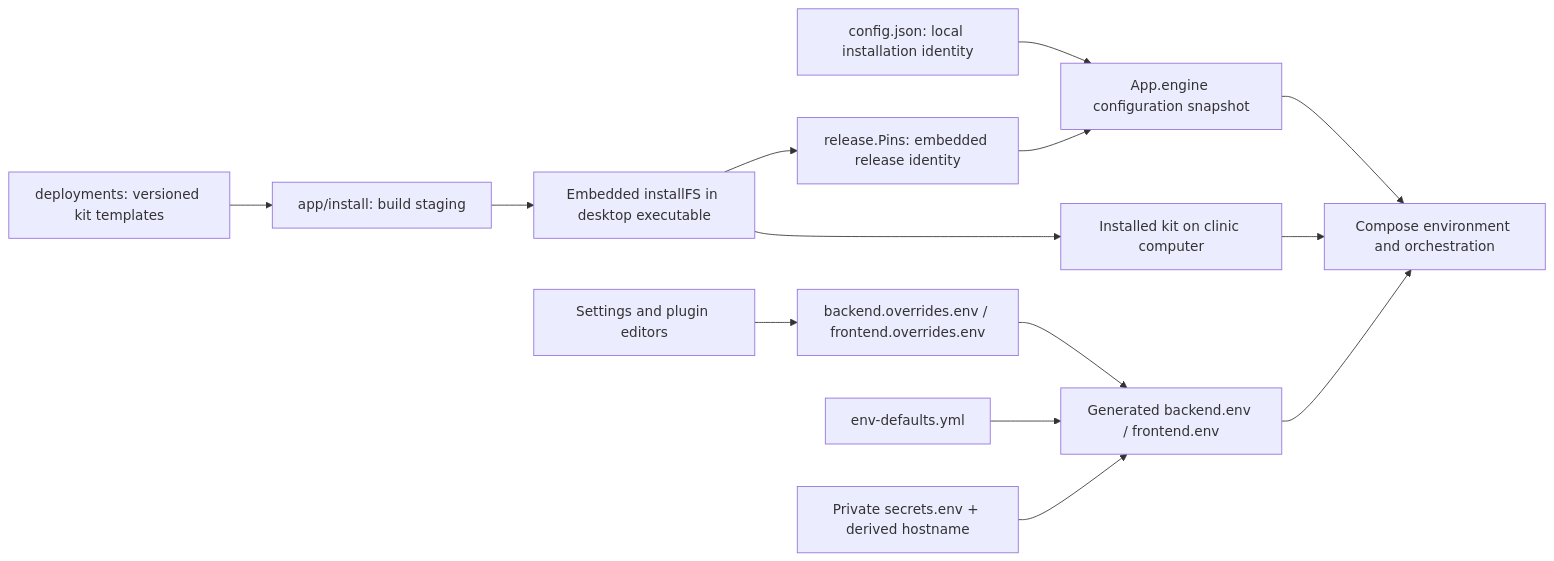
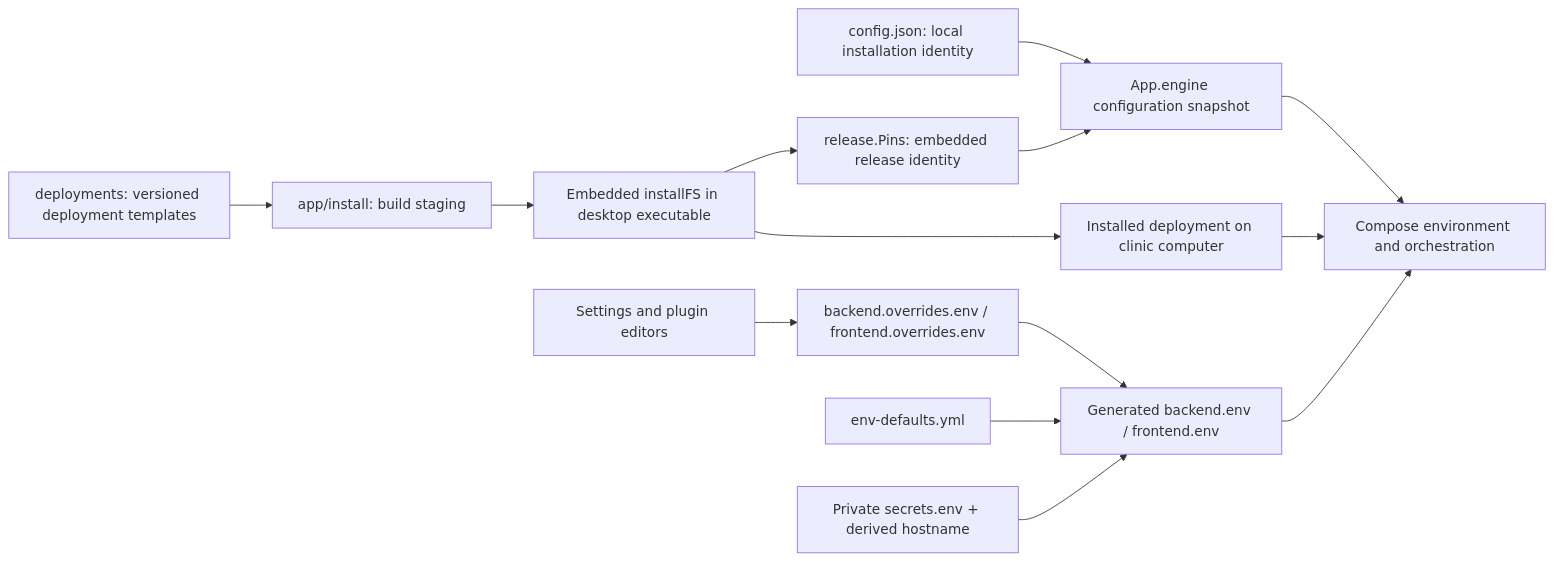
One commit to praffq/care_clinic changed the first of 2 diagrams in docs/configuration-and-settings.md. Above: the diagram before and after it, drawn with Mermaid. The commit also changed other lines of this file and 22 other files, not shown here.

First line of the commit message:
Rename clinic kit concept to deployment

````diff
--- a/docs/configuration-and-settings.md
+++ b/docs/configuration-and-settings.md
@@ -9,16 +9,16 @@
 ```mermaid
 flowchart LR
-    Source["deployments: versioned kit templates"] --> Stage["app/install: build staging"]
+    Source["deployments: versioned deployment templates"] --> Stage["app/install: build staging"]
     Stage --> Binary["Embedded installFS in desktop executable"]
-    Binary --> Installed["Installed kit on clinic computer"]
+    Binary --> Installed["Installed deployment on clinic computer"]
     Config["config.json: local installation identity"] --> Engine["App.engine configuration snapshot"]
     Binary --> Pins["release.Pins: embedded release identity"]
     Pins --> Engine
     Engine --> Compose["Compose environment and orchestration"]
     Installed --> Compose
     Editor["Settings and plugin editors"] --> Overrides["backend.overrides.env / frontend.overrides.env"]
     Overrides --> RuntimeEnv["Generated backend.env / frontend.env"]
     Defaults["env-defaults.yml"] --> RuntimeEnv
     Secrets["Private secrets.env + derived hostname"] --> RuntimeEnv
     RuntimeEnv --> Compose
 ```
````
